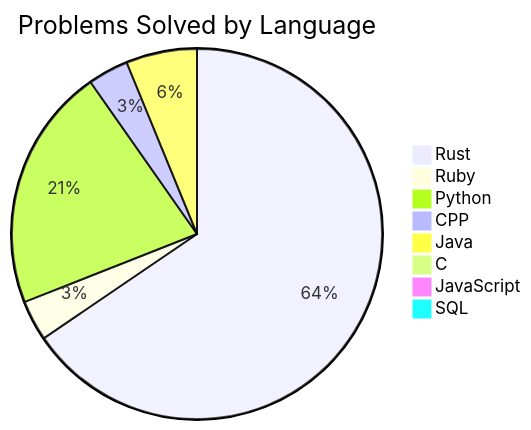
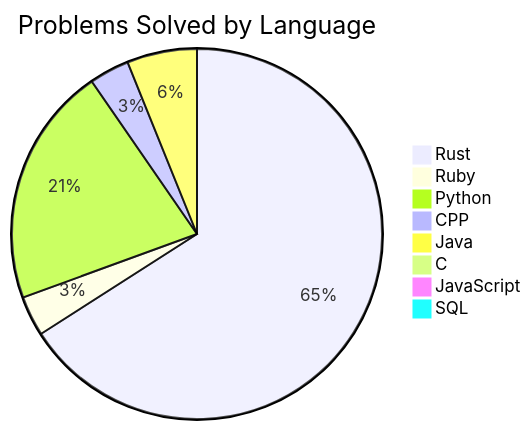
Before and after one commit to Liam-Wirth/leetcode-solutions: the second of 2 diagrams in README.md, drawn with Mermaid. The commit also changed other lines of this file and 5 other files, not shown here.

````diff
--- a/README.md
+++ b/README.md
@@ -46,11 +47,11 @@
 ```mermaid
 pie title Problems Solved by Language
-    "Rust": 148
+    "Rust": 151
     "Ruby": 8
     "Python": 48
     "CPP": 8
     "Java": 14
     "C": 1
     "JavaScript": 2
     "SQL": 2
 ```
````
